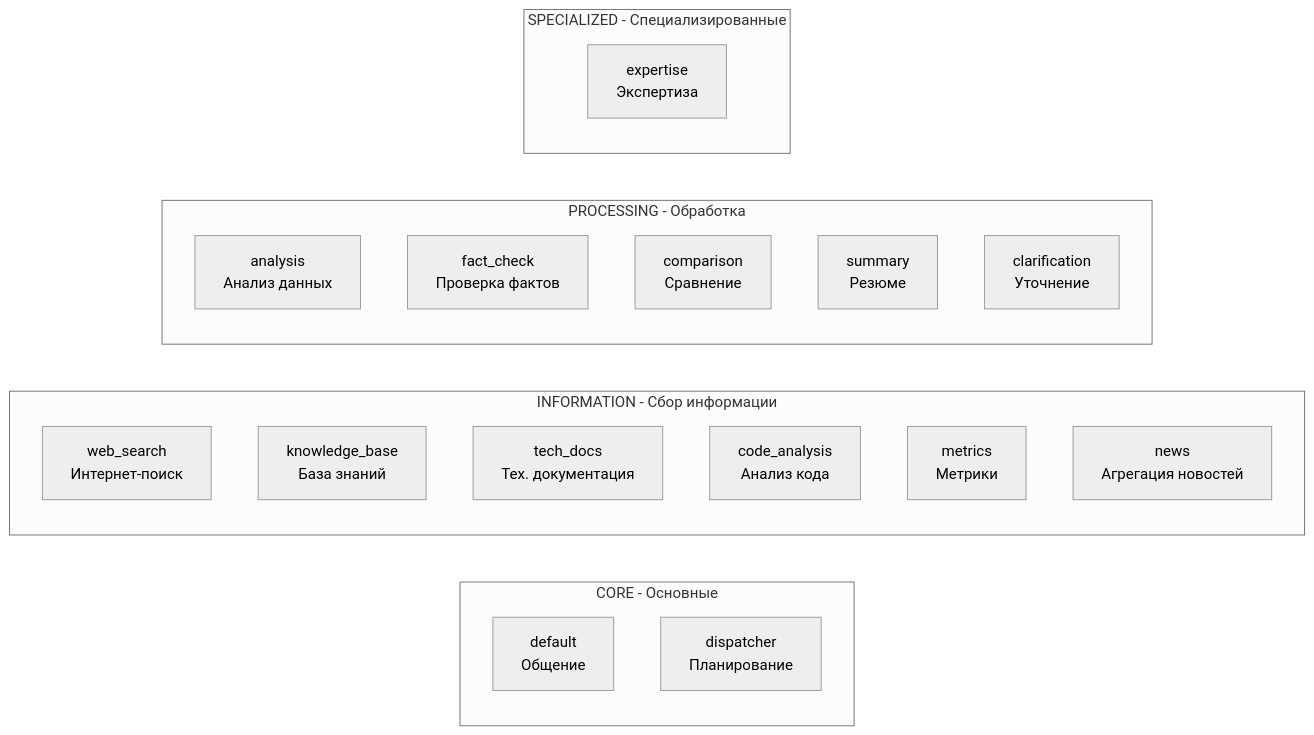
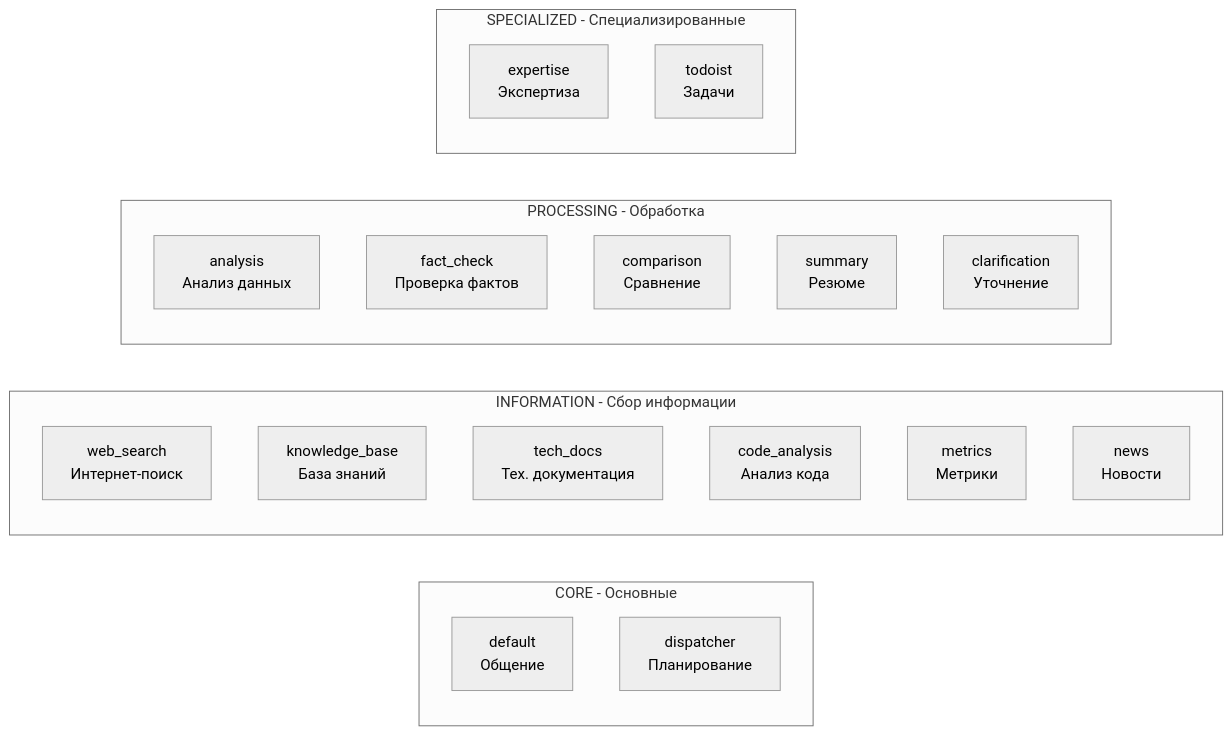
One commit to finnetrolle/nergal changed the seventh of 14 diagrams in docs/AGENT_ARCHITECTURE.md. Above: the diagram before and after it, drawn with Mermaid (neutral theme). The commit also changed other lines of this file and 29 other files, not shown here.

````diff
--- a/docs/AGENT_ARCHITECTURE.md
+++ b/docs/AGENT_ARCHITECTURE.md
@@ -345,28 +537,29 @@
 ```mermaid
 graph LR
     subgraph "CORE - Основные"
         DEFAULT[default<br/>Общение]
         DISPATCHER[dispatcher<br/>Планирование]
     end
     
     subgraph "INFORMATION - Сбор информации"
         WEB_SEARCH[web_search<br/>Интернет-поиск]
         KNOWLEDGE_BASE[knowledge_base<br/>База знаний]
         TECH_DOCS[tech_docs<br/>Тех. документация]
         CODE_ANALYSIS[code_analysis<br/>Анализ кода]
         METRICS[metrics<br/>Метрики]
-        NEWS[news<br/>Агрегация новостей]
+        NEWS[news<br/>Новости]
     end
     
     subgraph "PROCESSING - Обработка"
         ANALYSIS[analysis<br/>Анализ данных]
         FACT_CHECK[fact_check<br/>Проверка фактов]
         COMPARISON[comparison<br/>Сравнение]
         SUMMARY[summary<br/>Резюме]
         CLARIFICATION[clarification<br/>Уточнение]
     end
     
     subgraph "SPECIALIZED - Специализированные"
         EXPERTISE[expertise<br/>Экспертиза]
+        TODOIST[todoist<br/>Задачи]
     end
 ```
````
